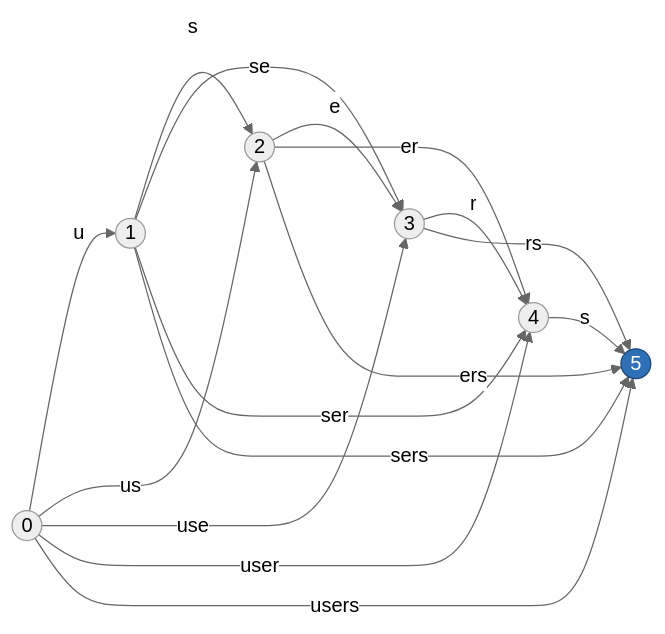
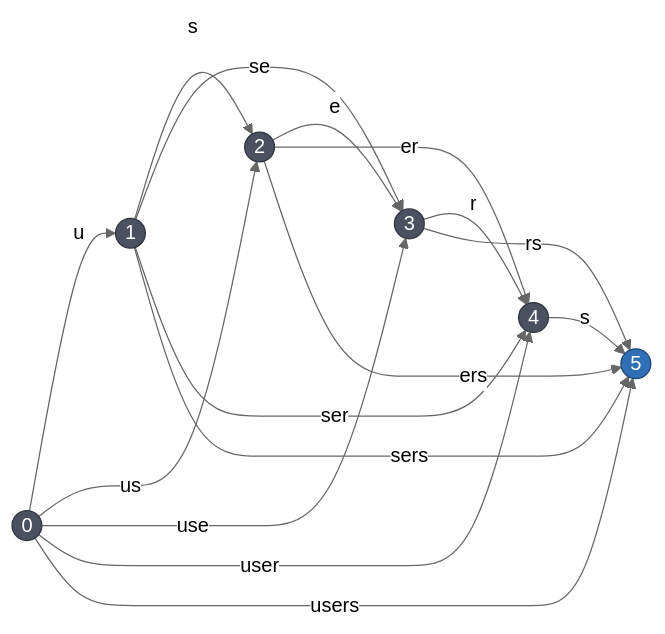
One commit to pinting/oraculum changed the first of 2 diagrams in README.md. Above: the diagram before and after it, drawn with Mermaid (neutral theme). The commit also changed other lines of this file, not shown here.

Commit message:
Updated README's graph styling

````diff
--- a/README.md
+++ b/README.md
@@ -13,25 +13,27 @@
 ```mermaid
 graph LR
     n0((0)) -->|"u"| n1((1))
     n1 -->|"s"| n2((2))
     n2 -->|"e"| n3((3))
     n3 -->|"r"| n4((4))
     n4 -->|"s"| n5((5))
 
     n0 -->|"us"| n2
     n0 -->|"use"| n3
     n0 -->|"user"| n4
     n0 -->|"users"| n5
 
     n1 -->|"se"| n3
     n1 -->|"ser"| n4
     n1 -->|"sers"| n5
 
     n2 -->|"er"| n4
     n2 -->|"ers"| n5
 
     n3 -->|"rs"| n5
 
-    classDef accepting fill:#2f6fb5,stroke:#1b4670,color:#ffffff
-    class n5 accepting
+    classDef plain fill:#4a5160,stroke:#2f343f,color:#ffffff
+    classDef accent fill:#2f6fb5,stroke:#1b4670,color:#ffffff
+    class n0,n1,n2,n3,n4 plain
+    class n5 accent
 ```
````
